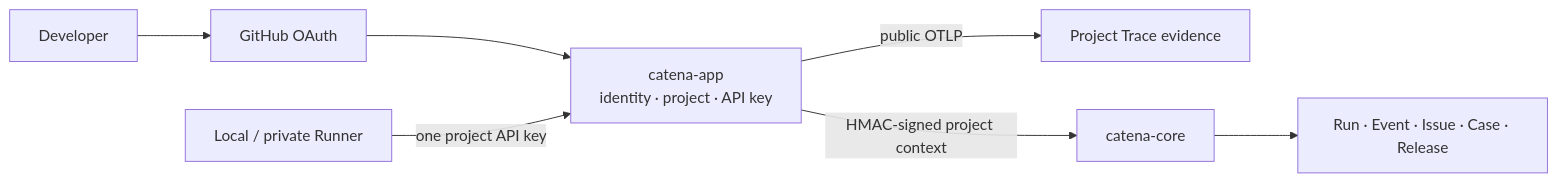
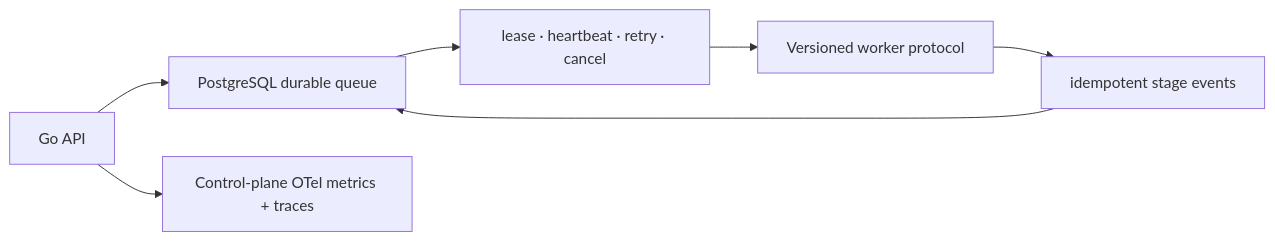
The second of 2 diagrams in control-plane/SPEC.md (fightheyyy/CATENA), drawn with Mermaid before and after one commit. The commit also changed other lines of this file and 8087 other files, not shown here.

````diff
--- a/control-plane/SPEC.md
+++ b/control-plane/SPEC.md
@@ -505,9 +39,9 @@
 ```mermaid
 flowchart LR
-    Developer["Developer"] --> GitHub["GitHub OAuth"]
-    GitHub --> App["catena-app<br/>identity · project · API key"]
-    Endpoint["Local / private Runner"] -->|"one project API key"| App
-    App -->|"public OTLP"| Trace["Project Trace evidence"]
-    App -->|"HMAC-signed project context"| Core["catena-core"]
-    Core --> Records["Run · Event · Issue · Case · Release"]
+    API["Go API"] --> Queue["PostgreSQL durable queue"]
+    Queue --> Lease["lease · heartbeat · retry · cancel"]
+    Lease --> Worker["Versioned worker protocol"]
+    Worker --> Events["idempotent stage events"]
+    Events --> Queue
+    API --> Telemetry["Control-plane OTel metrics + traces"]
 ```
````
